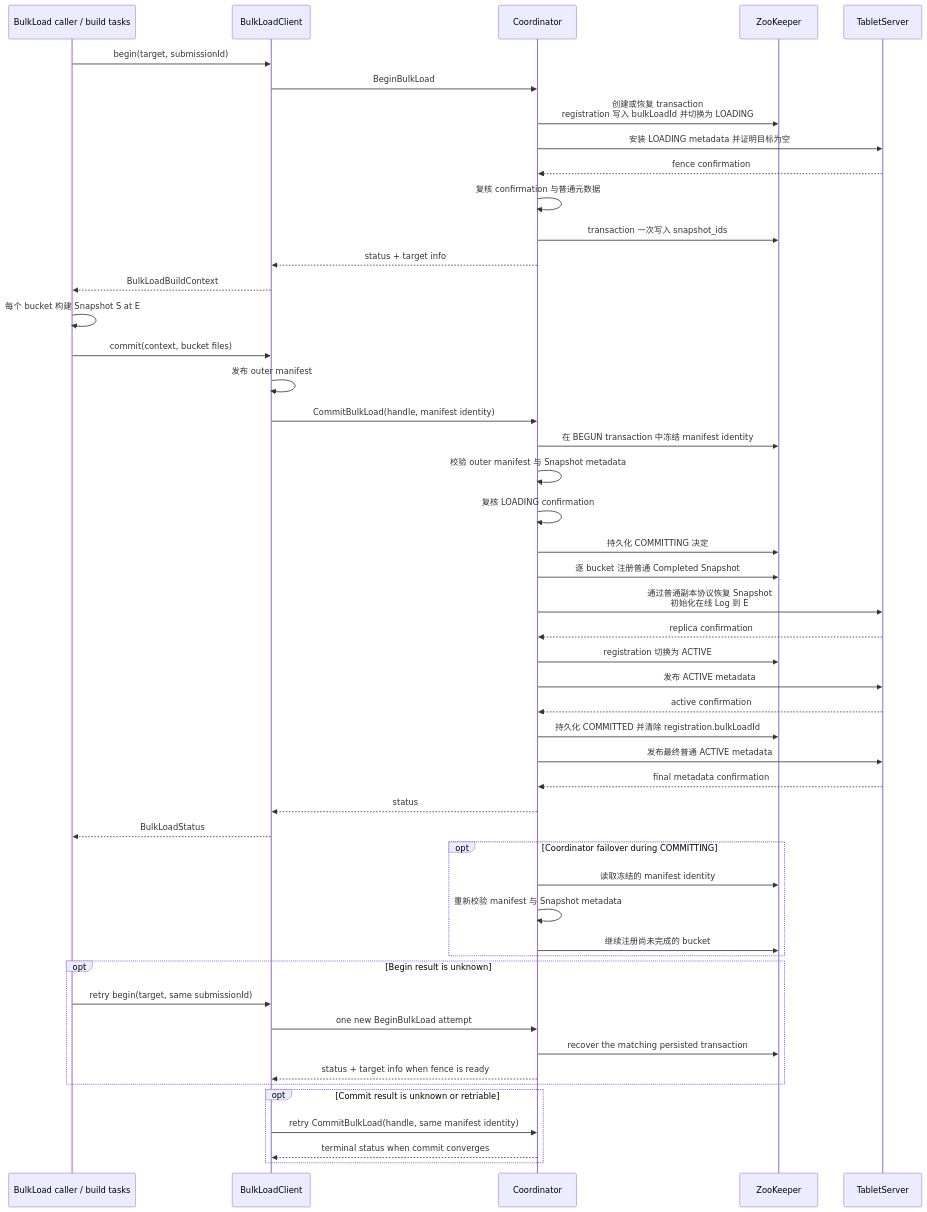
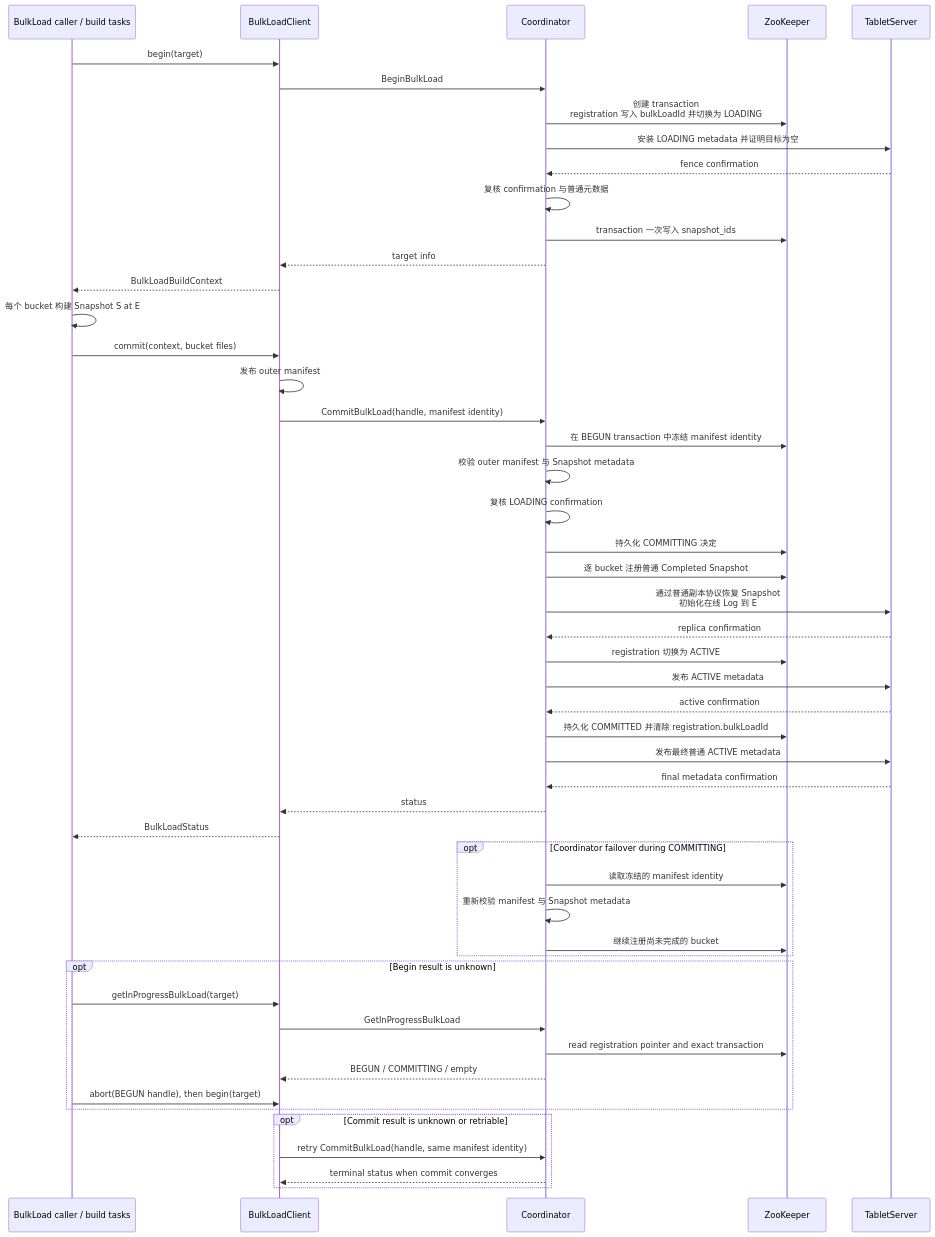
One commit to platinumhamburg/fluss changed the third of 4 diagrams in docs/design/primary-key-table-bulk-load-design.md. Above: the diagram before and after it, drawn with Mermaid. The commit also changed other lines of this file and 38 other files, not shown here.

````diff
--- a/docs/design/primary-key-table-bulk-load-design.md
+++ b/docs/design/primary-key-table-bulk-load-design.md
@@ -233,56 +237,57 @@
 ```mermaid
 sequenceDiagram
     participant Caller as BulkLoad caller / build tasks
     participant Client as BulkLoadClient
     participant Coordinator
     participant ZK as ZooKeeper
     participant TS as TabletServer
 
-    Caller->>Client: begin(target, submissionId)
+    Caller->>Client: begin(target)
     Client->>Coordinator: BeginBulkLoad
-    Coordinator->>ZK: 创建或恢复 transaction<br/>registration 写入 bulkLoadId 并切换为 LOADING
+    Coordinator->>ZK: 创建 transaction<br/>registration 写入 bulkLoadId 并切换为 LOADING
     Coordinator->>TS: 安装 LOADING metadata 并证明目标为空
     TS-->>Coordinator: fence confirmation
     Coordinator->>Coordinator: 复核 confirmation 与普通元数据
     Coordinator->>ZK: transaction 一次写入 snapshot_ids
-    Coordinator-->>Client: status + target info
+    Coordinator-->>Client: target info
     Client-->>Caller: BulkLoadBuildContext
 
     Caller->>Caller: 每个 bucket 构建 Snapshot S at E
     Caller->>Client: commit(context, bucket files)
     Client->>Client: 发布 outer manifest
     Client->>Coordinator: CommitBulkLoad(handle, manifest identity)
     Coordinator->>ZK: 在 BEGUN transaction 中冻结 manifest identity
     Coordinator->>Coordinator: 校验 outer manifest 与 Snapshot metadata
     Coordinator->>Coordinator: 复核 LOADING confirmation
     Coordinator->>ZK: 持久化 COMMITTING 决定
     Coordinator->>ZK: 逐 bucket 注册普通 Completed Snapshot
     Coordinator->>TS: 通过普通副本协议恢复 Snapshot<br/>初始化在线 Log 到 E
     TS-->>Coordinator: replica confirmation
     Coordinator->>ZK: registration 切换为 ACTIVE
     Coordinator->>TS: 发布 ACTIVE metadata
     TS-->>Coordinator: active confirmation
     Coordinator->>ZK: 持久化 COMMITTED 并清除 registration.bulkLoadId
     Coordinator->>TS: 发布最终普通 ACTIVE metadata
     TS-->>Coordinator: final metadata confirmation
     Coordinator-->>Client: status
     Client-->>Caller: BulkLoadStatus
 
     opt Coordinator failover during COMMITTING
         Coordinator->>ZK: 读取冻结的 manifest identity
         Coordinator->>Coordinator: 重新校验 manifest 与 Snapshot metadata
         Coordinator->>ZK: 继续注册尚未完成的 bucket
     end
 
     opt Begin result is unknown
-        Caller->>Client: retry begin(target, same submissionId)
-        Client->>Coordinator: one new BeginBulkLoad attempt
-        Coordinator->>ZK: recover the matching persisted transaction
-        Coordinator-->>Client: status + target info when fence is ready
+        Caller->>Client: getInProgressBulkLoad(target)
+        Client->>Coordinator: GetInProgressBulkLoad
+        Coordinator->>ZK: read registration pointer and exact transaction
+        Coordinator-->>Client: BEGUN / COMMITTING / empty
+        Caller->>Client: abort(BEGUN handle), then begin(target)
     end
 
     opt Commit result is unknown or retriable
         Client->>Coordinator: retry CommitBulkLoad(handle, same manifest identity)
         Coordinator-->>Client: terminal status when commit converges
     end
 ```
````
